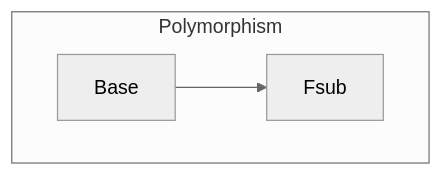
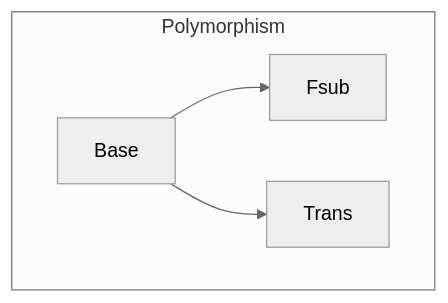
The diagram in polymorphism/README.md (TiarkRompf/reachability), drawn with Mermaid (neutral theme) before and after one commit. The commit also changed other lines of this file and 13 other files, not shown here.

````diff
--- a/polymorphism/README.md
+++ b/polymorphism/README.md
@@ -10,8 +11,10 @@
 ```mermaid
 graph TD
     subgraph poly[Polymorphism]
       Base
       Fsub
+	  Trans
     end
     Base-->Fsub
+	Base-->Trans
 ```
````
